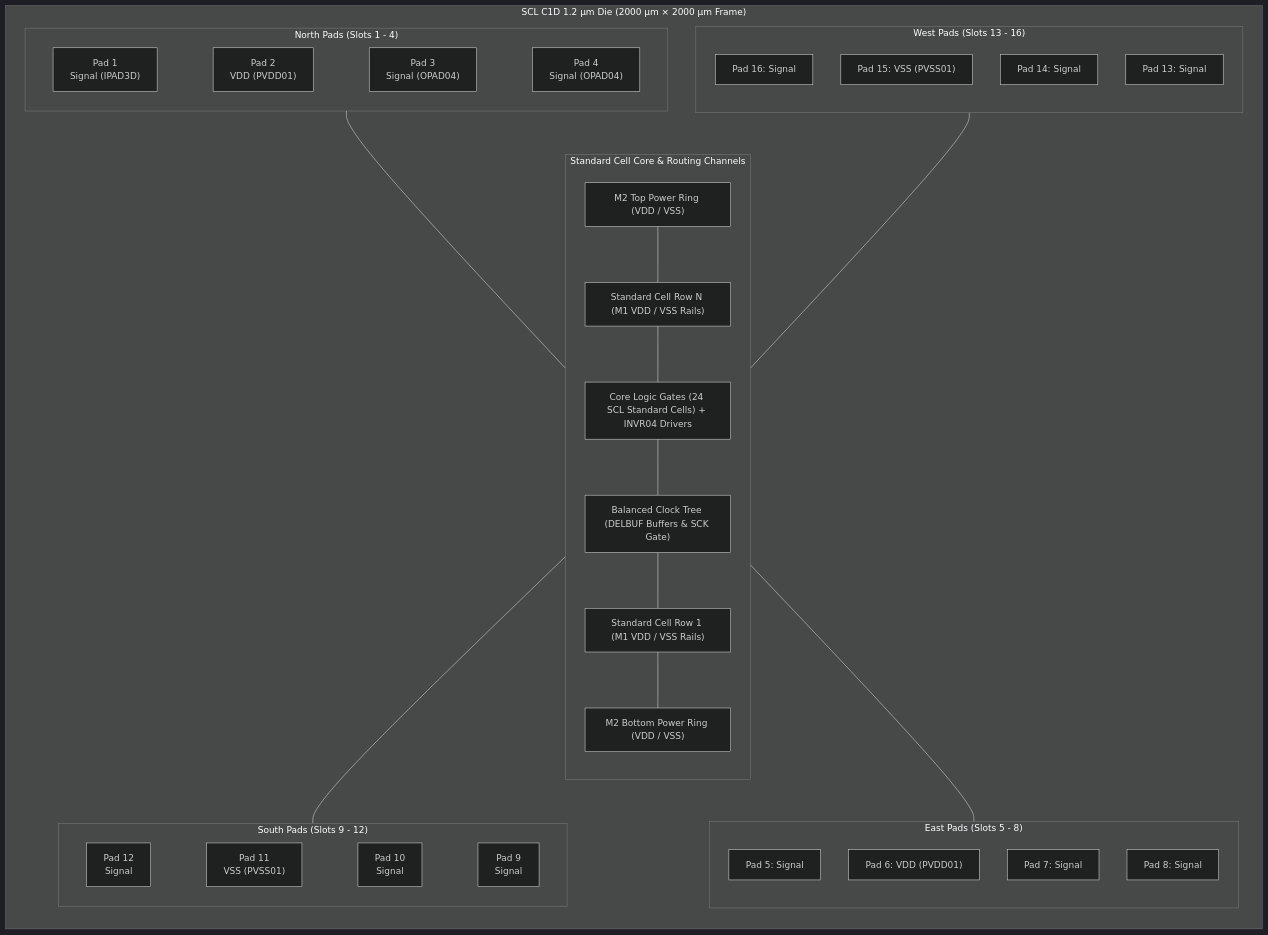
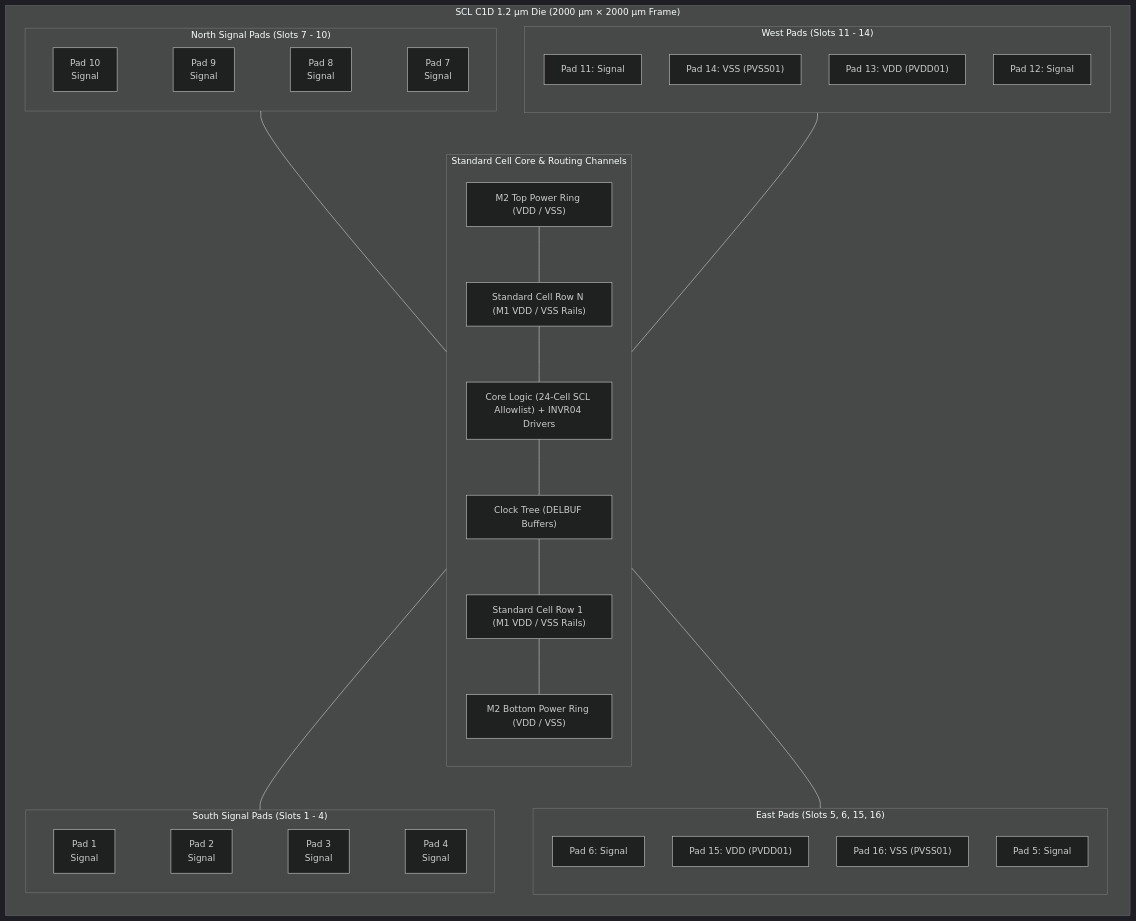
Before and after one commit to noslacklabs/tapeout-automation: the third of 4 diagrams in README.md, drawn with Mermaid (dark theme). The commit also changed other lines of this file and 5 other files, not shown here.

````diff
--- a/README.md
+++ b/README.md
@@ -97,47 +107,47 @@
 ```mermaid
 flowchart TB
     subgraph Die ["SCL C1D 1.2 µm Die (2000 µm × 2000 µm Frame)"]
         direction TB
-        subgraph NorthPads ["North Pads (Slots 1 - 4)"]
+        subgraph NorthPads ["North Signal Pads (Slots 7 - 10)"]
             direction LR
-            N1["Pad 1<br/>Signal (IPAD3D)"] ~~~ N2["Pad 2<br/>VDD (PVDD01)"] ~~~ N3["Pad 3<br/>Signal (OPAD04)"] ~~~ N4["Pad 4<br/>Signal (OPAD04)"]
+            N10["Pad 10<br/>Signal"] ~~~ N9["Pad 9<br/>Signal"] ~~~ N8["Pad 8<br/>Signal"] ~~~ N7["Pad 7<br/>Signal"]
         end
 
         subgraph CoreArea ["Standard Cell Core & Routing Channels"]
             direction TB
             PWR_TOP["M2 Top Power Ring (VDD / VSS)"]
             ROW_N["Standard Cell Row N (M1 VDD / VSS Rails)"]
-            LOGIC["Core Logic Gates (24 SCL Standard Cells) + INVR04 Drivers"]
-            CTS_NET["Balanced Clock Tree (DELBUF Buffers & SCK Gate)"]
+            LOGIC["Core Logic (24-Cell SCL Allowlist) + INVR04 Drivers"]
+            CTS_NET["Clock Tree (DELBUF Buffers)"]
             ROW_1["Standard Cell Row 1 (M1 VDD / VSS Rails)"]
             PWR_BOT["M2 Bottom Power Ring (VDD / VSS)"]
             PWR_TOP --- ROW_N --- LOGIC --- CTS_NET --- ROW_1 --- PWR_BOT
         end
 
-        subgraph WestPads ["West Pads (Slots 13 - 16)"]
+        subgraph WestPads ["West Pads (Slots 11 - 14)"]
             direction TB
-            W16["Pad 16: Signal"]
-            W15["Pad 15: VSS (PVSS01)"]
-            W14["Pad 14: Signal"]
-            W13["Pad 13: Signal"]
+            W11["Pad 11: Signal"]
+            W14["Pad 14: VSS (PVSS01)"]
+            W13["Pad 13: VDD (PVDD01)"]
+            W12["Pad 12: Signal"]
         end
 
-        subgraph EastPads ["East Pads (Slots 5 - 8)"]
+        subgraph EastPads ["East Pads (Slots 5, 6, 15, 16)"]
             direction TB
+            E6["Pad 6: Signal"]
+            E15["Pad 15: VDD (PVDD01)"]
+            E16["Pad 16: VSS (PVSS01)"]
             E5["Pad 5: Signal"]
-            E6["Pad 6: VDD (PVDD01)"]
-            E7["Pad 7: Signal"]
-            E8["Pad 8: Signal"]
         end
 
-        subgraph SouthPads ["South Pads (Slots 9 - 12)"]
+        subgraph SouthPads ["South Signal Pads (Slots 1 - 4)"]
             direction LR
-            S12["Pad 12<br/>Signal"] ~~~ S11["Pad 11<br/>VSS (PVSS01)"] ~~~ S10["Pad 10<br/>Signal"] ~~~ S9["Pad 9<br/>Signal"]
+            S1["Pad 1<br/>Signal"] ~~~ S2["Pad 2<br/>Signal"] ~~~ S3["Pad 3<br/>Signal"] ~~~ S4["Pad 4<br/>Signal"]
         end
     end
 
     NorthPads --- CoreArea
     WestPads --- CoreArea
     CoreArea --- EastPads
     CoreArea --- SouthPads
 ```
````
